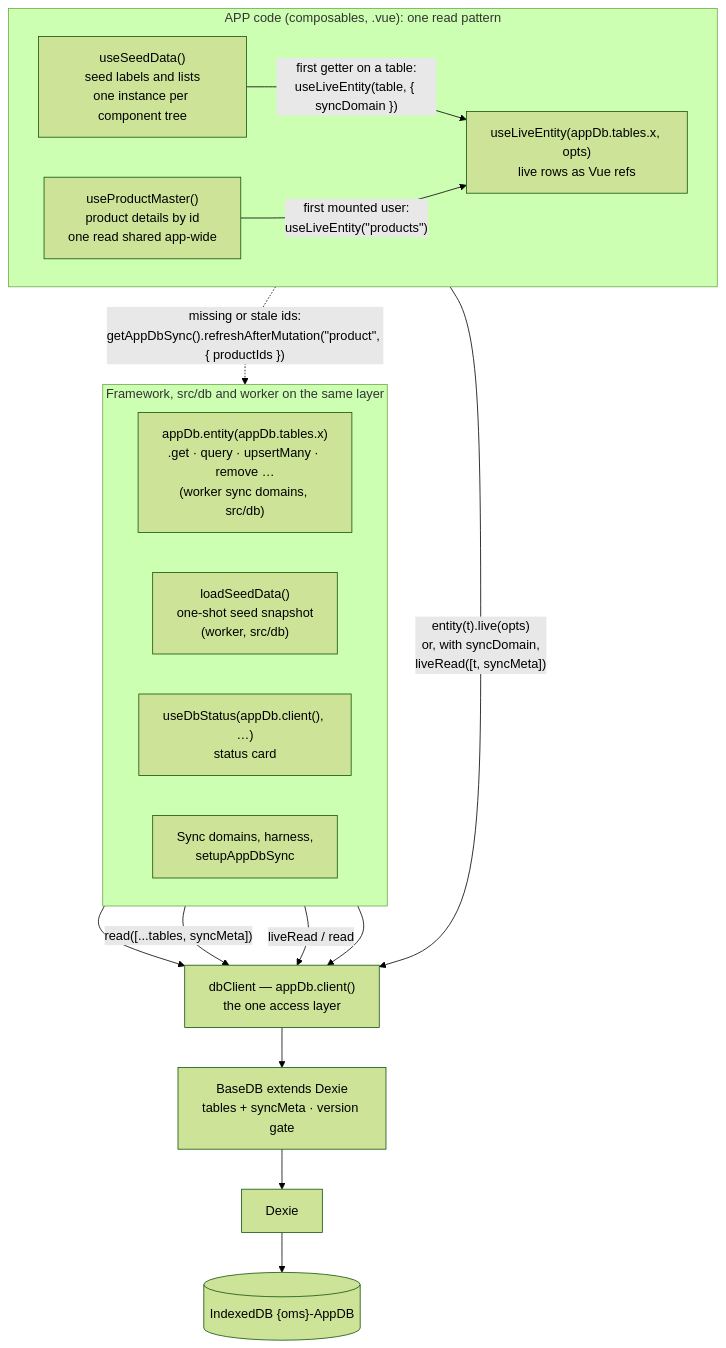
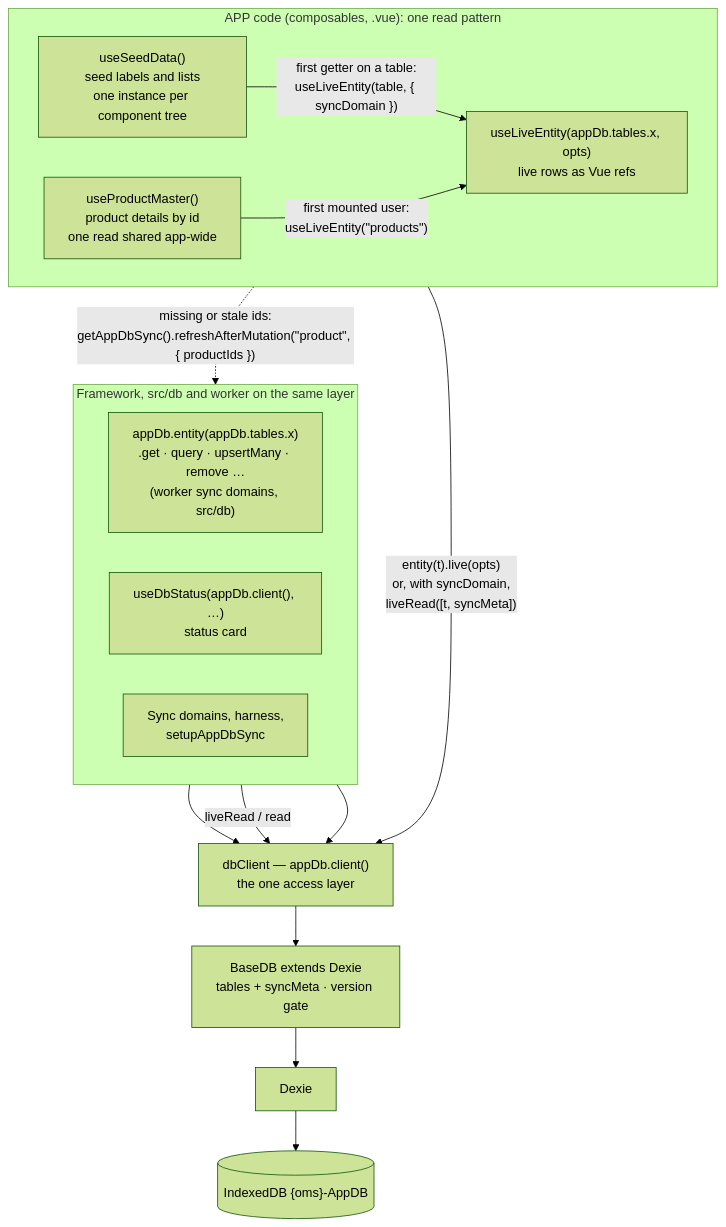
Before and after one commit to hotwax/accxui: the second of 6 diagrams in docs/APP_DB_ARCHITECTURE.md, drawn with Mermaid (forest theme). The commit also changed other lines of this file and 1 other file, not shown here.

Commit message:
Fixed: app db docs no longer recommend loadSeedData() for worker code: it imports Vue, so a worker sync domain reads seed rows with appDb.entity(...), and loadSeedData is marked framework-internal.

````diff
--- a/docs/APP_DB_ARCHITECTURE.md
+++ b/docs/APP_DB_ARCHITECTURE.md
@@ -62,31 +62,29 @@
 ```mermaid
 flowchart TB
     subgraph USE["APP code (composables, .vue): one read pattern"]
       direction LR
       USD["useSeedData()<br/>seed labels and lists<br/>one instance per component tree"]
       UPM["useProductMaster()<br/>product details by id<br/>one read shared app-wide"]
       ULE["useLiveEntity(appDb.tables.x, opts)<br/>live rows as Vue refs"]
     end
     subgraph CONV["Framework, src/db and worker on the same layer"]
       direction LR
       AE["appDb.entity(appDb.tables.x)<br/>.get · query · upsertMany · remove …<br/>(worker sync domains, src/db)"]
-      LSD["loadSeedData()<br/>one-shot seed snapshot<br/>(worker, src/db)"]
       UDS["useDbStatus(appDb.client(), …)<br/>status card"]
       SYNC["Sync domains, harness,<br/>setupAppDbSync"]
     end
     DC["dbClient — appDb.client()<br/>the one access layer"]
     BDB["BaseDB extends Dexie<br/>tables + syncMeta · version gate"]
     DEX["Dexie"]
     IDB[("IndexedDB  {oms}-AppDB")]
 
     USD -- "first getter on a table:<br/>useLiveEntity(table, { syncDomain })" --> ULE
     UPM -- "first mounted user:<br/>useLiveEntity(&quot;products&quot;)" --> ULE
     UPM -. "missing or stale ids:<br/>getAppDbSync().refreshAfterMutation(&quot;product&quot;, { productIds })" .-> SYNC
     ULE -- "entity(t).live(opts)<br/>or, with syncDomain,<br/>liveRead([t, syncMeta])" --> DC
     AE --> DC
-    LSD -- "read([...tables, syncMeta])" --> DC
     UDS -- "liveRead / read" --> DC
     SYNC --> DC
     DC --> BDB
     BDB --> DEX --> IDB
 ```
````
